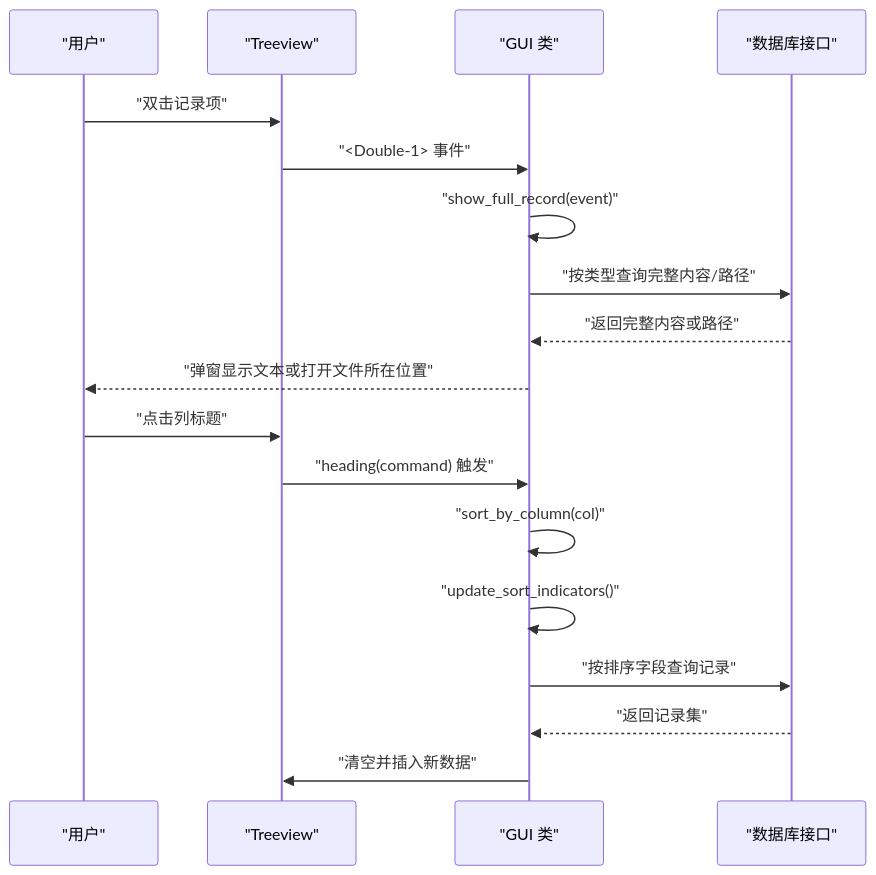
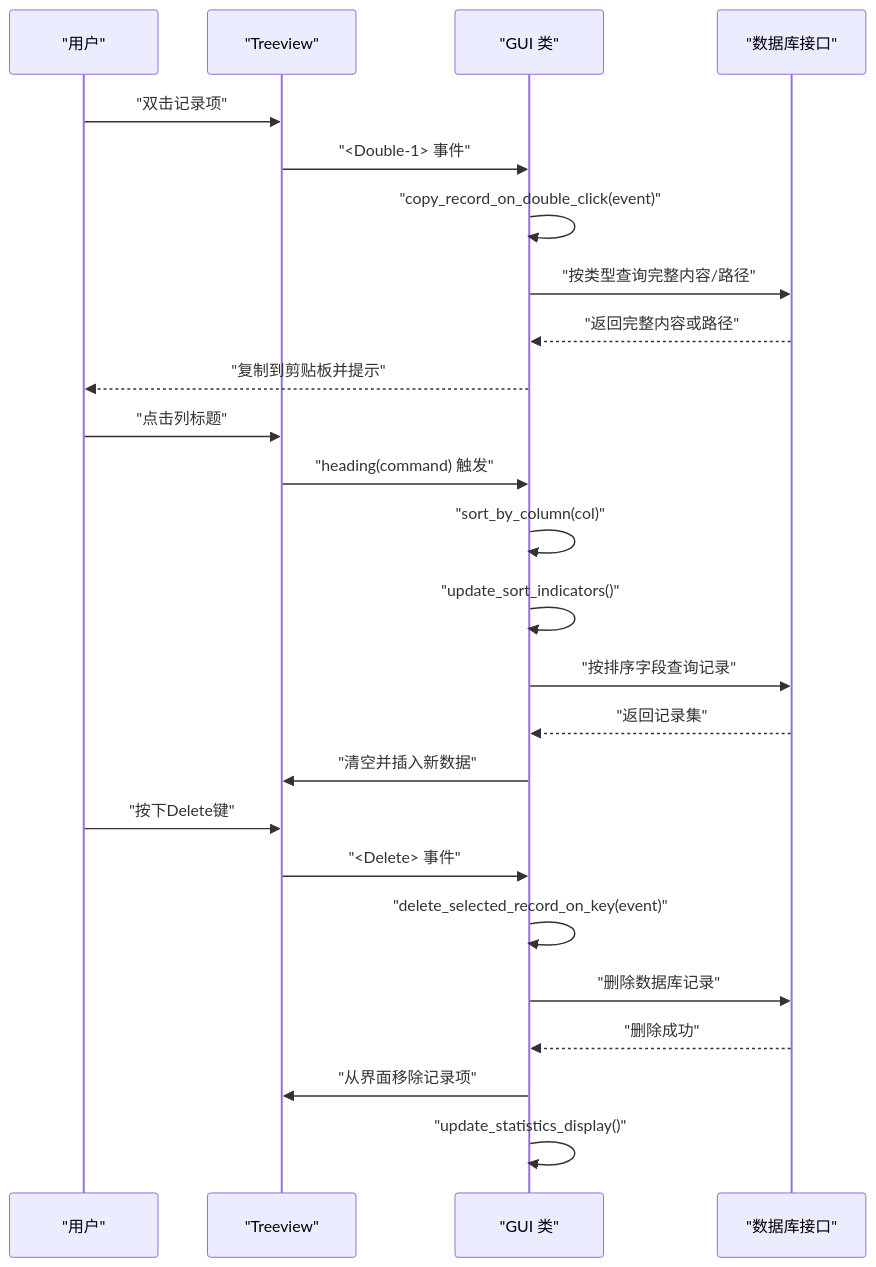
The second of 4 diagrams in .qoder/repowiki/zh/content/API参考/ClipboardGUI类/记录标签页界面/记录标签页界面.md (wzuu/CopyHistory), drawn with Mermaid before and after one commit. The commit also changed other lines of this file and 7 other files, not shown here.

````diff
--- a/.qoder/repowiki/zh/content/API参考/ClipboardGUI类/记录标签页界面/记录标签页界面.md
+++ b/.qoder/repowiki/zh/content/API参考/ClipboardGUI类/记录标签页界面/记录标签页界面.md
@@ -75,20 +82,27 @@
 ```mermaid
 sequenceDiagram
 participant U as "用户"
 participant T as "Treeview"
 participant G as "GUI 类"
 participant D as "数据库接口"
 U->>T : "双击记录项"
 T->>G : "<Double-1> 事件"
-G->>G : "show_full_record(event)"
+G->>G : "copy_record_on_double_click(event)"
 G->>D : "按类型查询完整内容/路径"
 D-->>G : "返回完整内容或路径"
-G-->>U : "弹窗显示文本或打开文件所在位置"
+G-->>U : "复制到剪贴板并提示"
 U->>T : "点击列标题"
 T->>G : "heading(command) 触发"
 G->>G : "sort_by_column(col)"
 G->>G : "update_sort_indicators()"
 G->>D : "按排序字段查询记录"
 D-->>G : "返回记录集"
 G->>T : "清空并插入新数据"
+U->>T : "按下Delete键"
+T->>G : "<Delete> 事件"
+G->>G : "delete_selected_record_on_key(event)"
+G->>D : "删除数据库记录"
+D-->>G : "删除成功"
+G->>T : "从界面移除记录项"
+G->>G : "update_statistics_display()"
 ```
````
